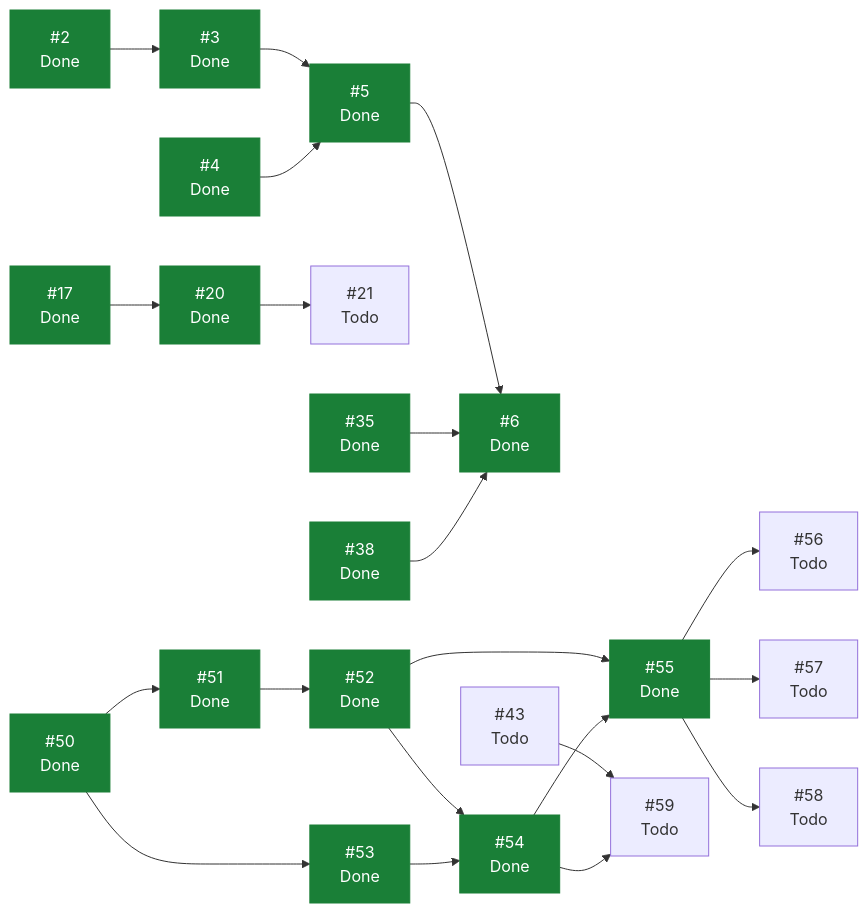
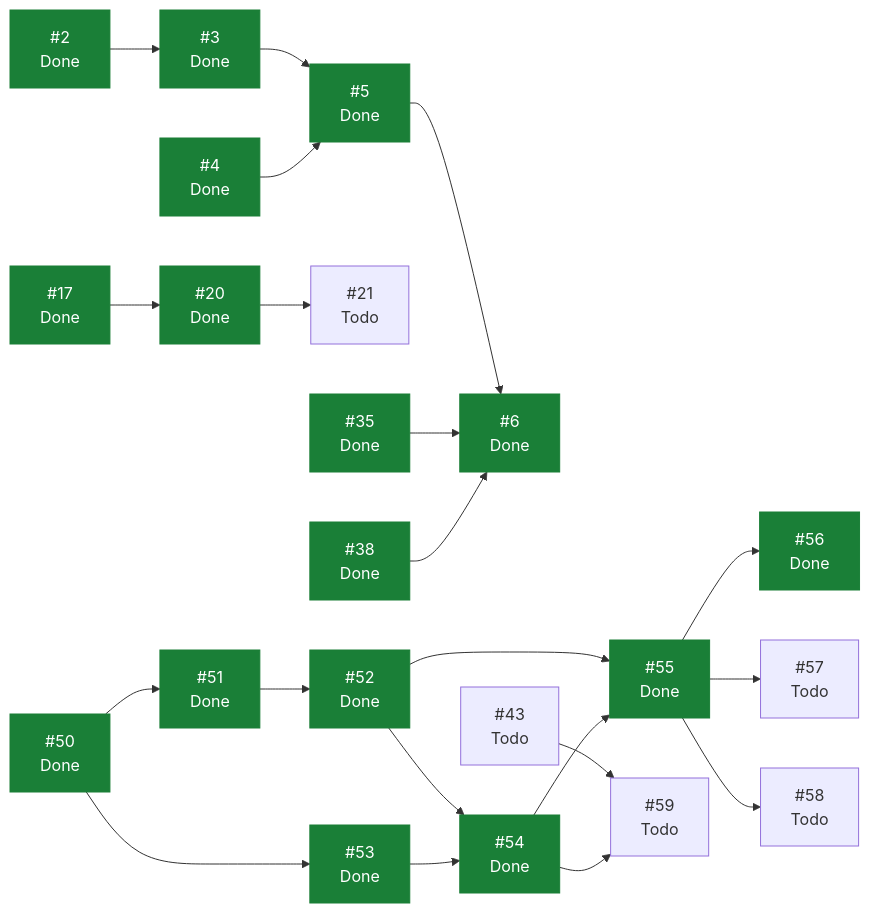
One commit to ecamp0s/evault changed the diagram in docs/planning/STATUS.md. Above: the diagram before and after it, drawn with Mermaid. The commit also changed other lines of this file, not shown here.

````diff
--- a/docs/planning/STATUS.md
+++ b/docs/planning/STATUS.md
@@ -89,46 +88,46 @@
 ```mermaid
 graph LR
   I2["#2<br/>Done"]
   I3["#3<br/>Done"]
   I4["#4<br/>Done"]
   I5["#5<br/>Done"]
   I6["#6<br/>Done"]
   I17["#17<br/>Done"]
   I20["#20<br/>Done"]
   I21["#21<br/>Todo"]
   I35["#35<br/>Done"]
   I38["#38<br/>Done"]
   I43["#43<br/>Todo"]
   I50["#50<br/>Done"]
   I51["#51<br/>Done"]
   I52["#52<br/>Done"]
   I53["#53<br/>Done"]
   I54["#54<br/>Done"]
   I55["#55<br/>Done"]
-  I56["#56<br/>Todo"]
+  I56["#56<br/>Done"]
   I57["#57<br/>Todo"]
   I58["#58<br/>Todo"]
   I59["#59<br/>Todo"]
   I2 --> I3
   I3 --> I5
   I4 --> I5
   I5 --> I6
   I17 --> I20
   I20 --> I21
   I35 --> I6
   I38 --> I6
   I43 --> I59
   I50 --> I51
   I50 --> I53
   I51 --> I52
   I52 --> I54
   I52 --> I55
   I53 --> I54
   I54 --> I55
   I54 --> I59
   I55 --> I56
   I55 --> I57
   I55 --> I58
   classDef hecho fill:#1a7f37,stroke:#1a7f37,color:#fff;
-  class I2,I3,I4,I5,I6,I17,I20,I35,I38,I50,I51,I52,I53,I54,I55 hecho;
+  class I2,I3,I4,I5,I6,I17,I20,I35,I38,I50,I51,I52,I53,I54,I55,I56 hecho;
 ```
````
